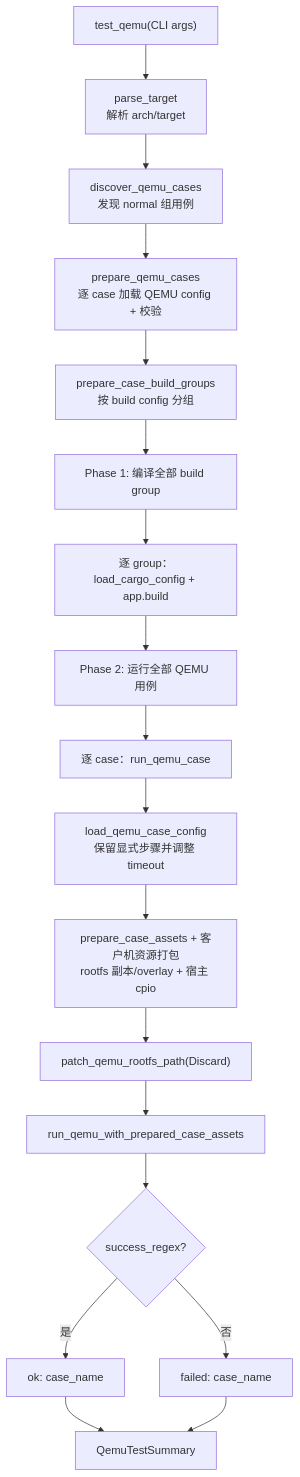
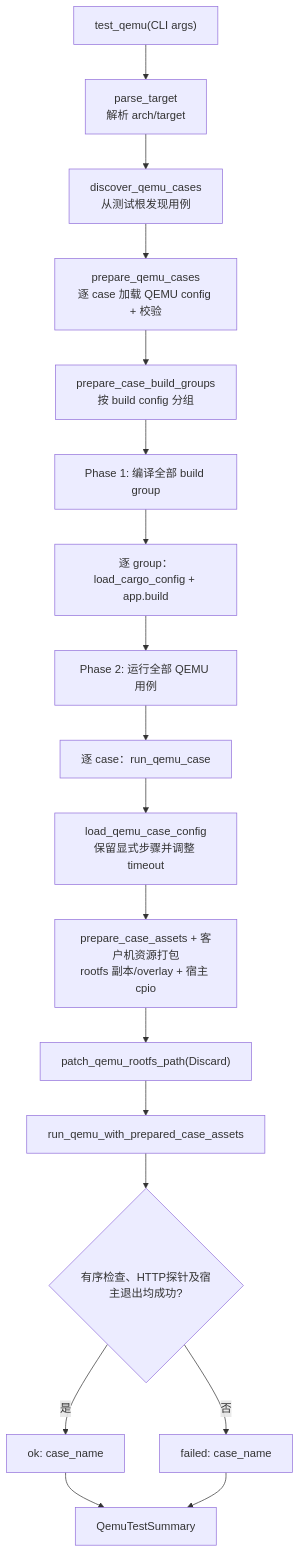
One commit to rcore-os/tgoskits changed the first of 2 diagrams in docs/docs/build/axvisor/test.md. Above: the diagram before and after it, drawn with Mermaid. The commit also changed other lines of this file and 1489 other files, not shown here.

````diff
--- a/docs/docs/build/axvisor/test.md
+++ b/docs/docs/build/axvisor/test.md
@@ -51,20 +56,20 @@
 ```mermaid
 flowchart TD
     A["test_qemu(CLI args)"] --> B["parse_target<br/>解析 arch/target"]
-    B --> C["discover_qemu_cases<br/>发现 normal 组用例"]
+    B --> C["discover_qemu_cases<br/>从测试根发现用例"]
     C --> D["prepare_qemu_cases<br/>逐 case 加载 QEMU config + 校验"]
     D --> E["prepare_case_build_groups<br/>按 build config 分组"]
     E --> F["Phase 1: 编译全部 build group"]
     F --> F2["逐 group：load_cargo_config + app.build"]
     F2 --> G["Phase 2: 运行全部 QEMU 用例"]
     G --> H["逐 case：run_qemu_case"]
     H --> I["load_qemu_case_config<br/>保留显式步骤并调整 timeout"]
     I --> J["prepare_case_assets + 客户机资源打包<br/>rootfs 副本/overlay + 宿主 cpio"]
     J --> K["patch_qemu_rootfs_path(Discard)"]
     K --> L["run_qemu_with_prepared_case_assets"]
-    L --> M{"success_regex?"}
+    L --> M{"有序检查、HTTP探针及宿主退出均成功?"}
     M -->|是| N["ok: case_name"]
     M -->|否| O["failed: case_name"]
     N --> P["QemuTestSummary"]
     O --> P
 ```
````
